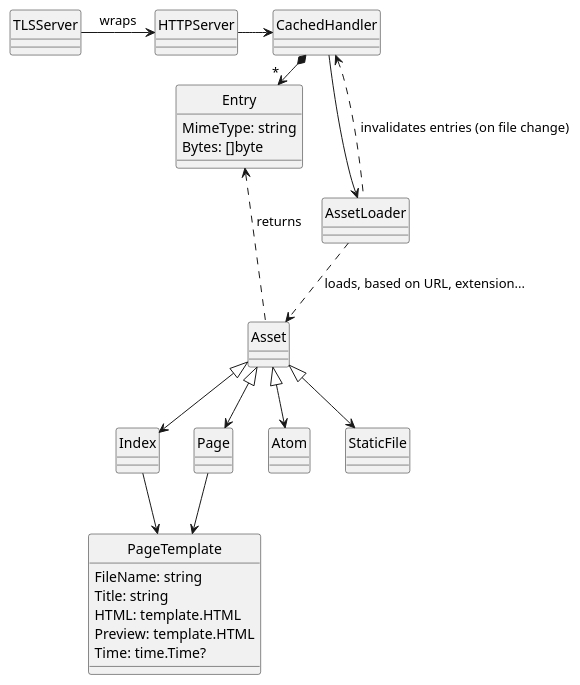
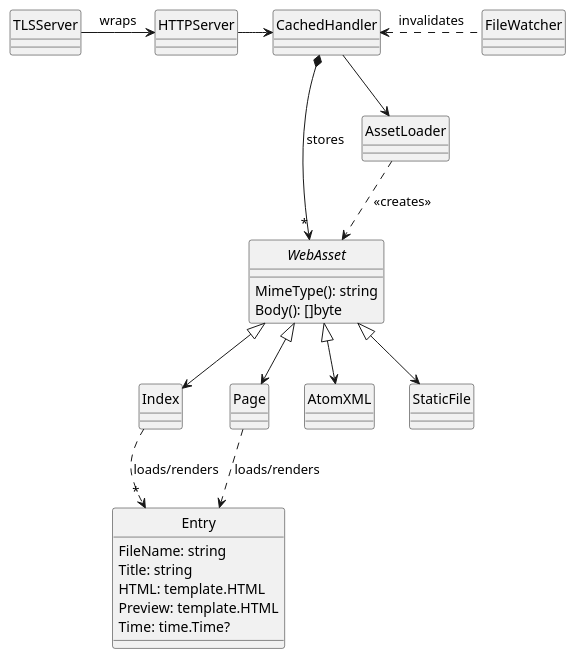
One commit to mariomac/goblog changed the diagram in docs/arch_v2.puml. Above: the diagram before and after it, drawn with PlantUML. The commit also changed 7 other files, not shown here.

```diff
--- a/docs/arch_v2.puml
+++ b/docs/arch_v2.puml
@@ -1,31 +1,32 @@
 @startuml
 hide circle
 
-class PageTemplate {
+class Entry {
     FileName: string
     Title: string
     HTML: template.HTML
     Preview: template.HTML
     Time: time.Time?
 }
 
-class Entry {
-    MimeType: string
-    Bytes: []byte
+interface WebAsset {
+    MimeType(): string
+    Body(): []byte
 }
 
 TLSServer -> HTTPServer: wraps
 HTTPServer -> CachedHandler
+CachedHandler *--> "*" WebAsset: stores
 CachedHandler --> AssetLoader
-CachedHandler *-> "*" Entry
-AssetLoader ..> Asset: loads, based on URL, extension...
-Asset <|--> Index
-Asset <|--> Page
-Asset <|--> Atom
-Asset <|--> StaticFile
-Index --> PageTemplate
-Page --> PageTemplate
-Entry <. Asset : returns
-CachedHandler <.. AssetLoader  : invalidates entries (on file change)
+AssetLoader ..> WebAsset: <<creates>>
+WebAsset <|--> Index
+WebAsset <|--> Page
+WebAsset <|--> AtomXML
+WebAsset <|--> StaticFile
+
+Index ..>"*" Entry: loads/renders
+Page ..> Entry: loads/renders
+
+CachedHandler <. FileWatcher: invalidates
 
 @enduml
```
